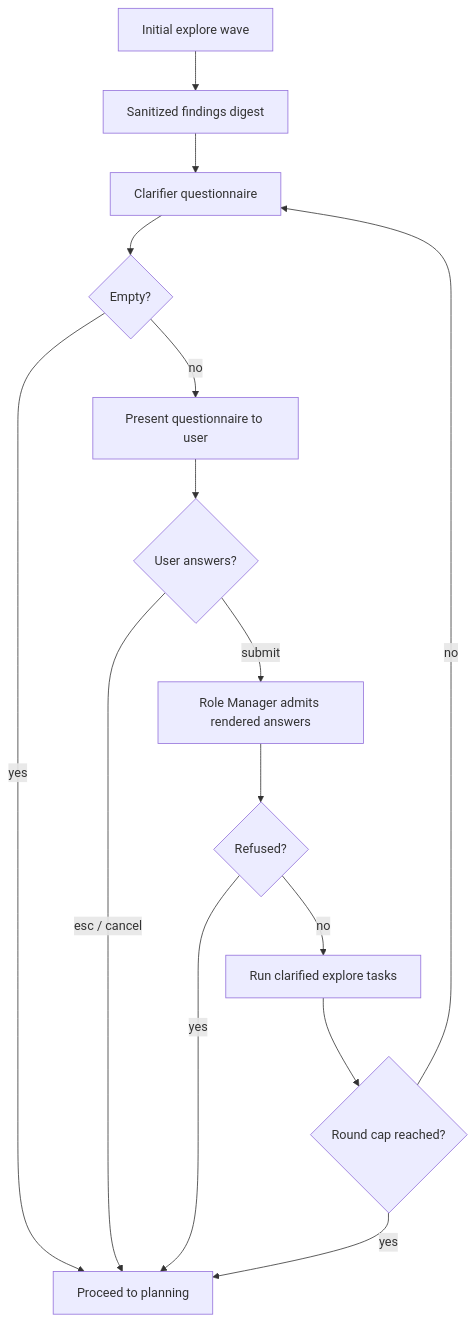
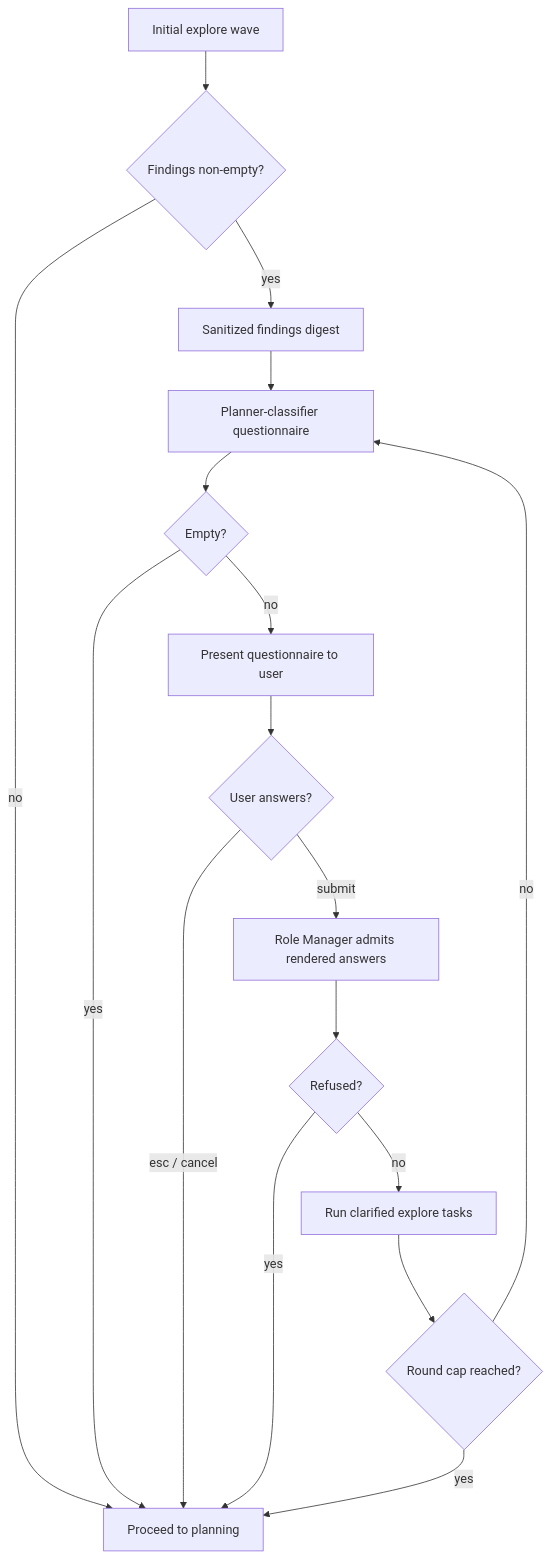
One commit to Vulnetix/belai changed the ninth of 9 diagrams in docs/role-manager.md. Above: the diagram before and after it, drawn with Mermaid. The commit also changed other lines of this file and 3 other files, not shown here.

Commit message:
docs: update architecture, resilience, role-manager, and exploration plan

````diff
--- a/docs/role-manager.md
+++ b/docs/role-manager.md
@@ -944,17 +958,19 @@
 ```mermaid
 flowchart TD
-    Explore[Initial explore wave] --> Digest[Sanitized findings digest]
-    Digest --> Ask[Clarifier questionnaire]
+    Explore[Initial explore wave] --> Found{Findings non-empty?}
+    Found -->|no| Plan[Proceed to planning]
+    Found -->|yes| Digest[Sanitized findings digest]
+    Digest --> Ask[Planner-classifier questionnaire]
     Ask --> Empty{Empty?}
-    Empty -->|yes| Plan[Proceed to planning]
+    Empty -->|yes| Plan
     Empty -->|no| UI[Present questionnaire to user]
     UI --> Answer{User answers?}
     Answer -->|esc / cancel| Plan
     Answer -->|submit| Admit[Role Manager admits rendered answers]
     Admit --> Refused{Refused?}
     Refused -->|yes| Plan
     Refused -->|no| Second[Run clarified explore tasks]
     Second --> Cap{Round cap reached?}
     Cap -->|no| Ask
     Cap -->|yes| Plan
 ```
````
